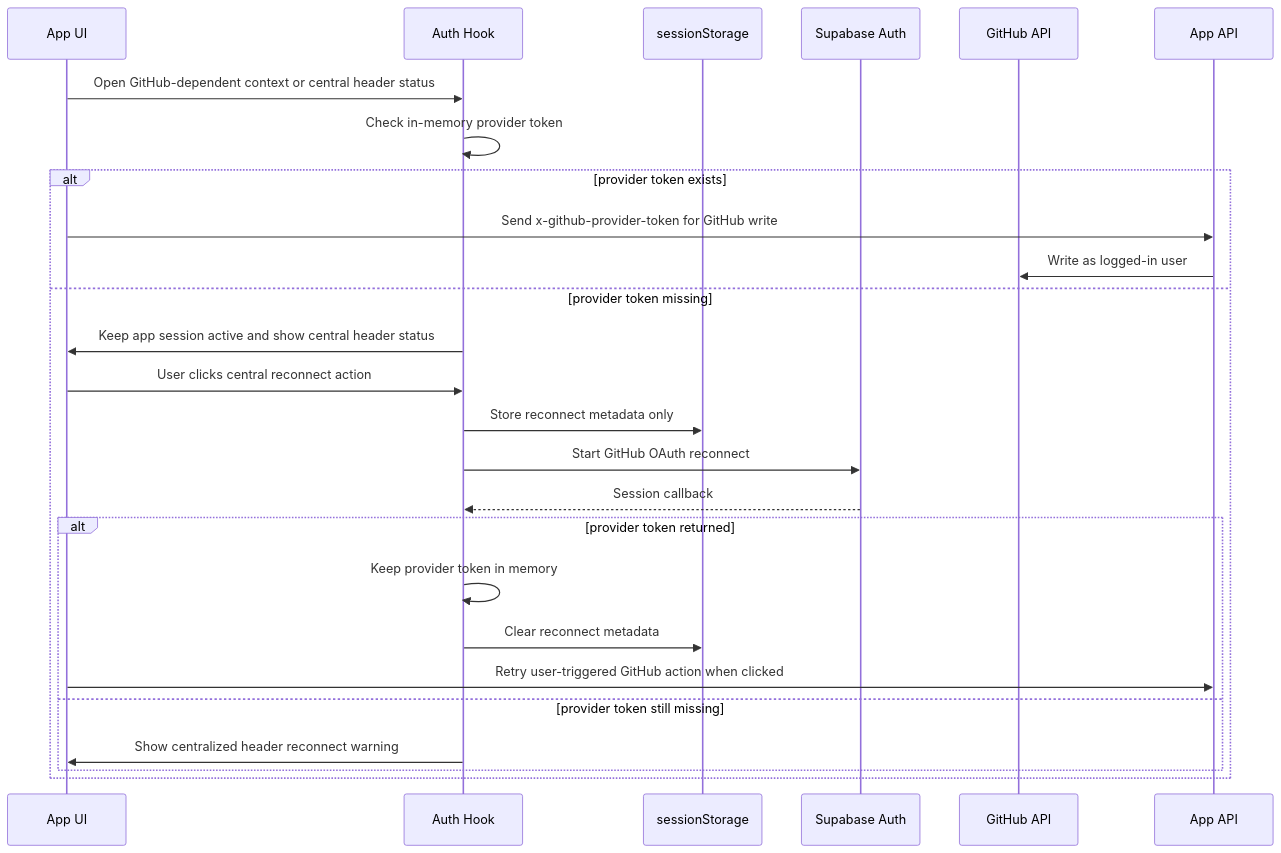
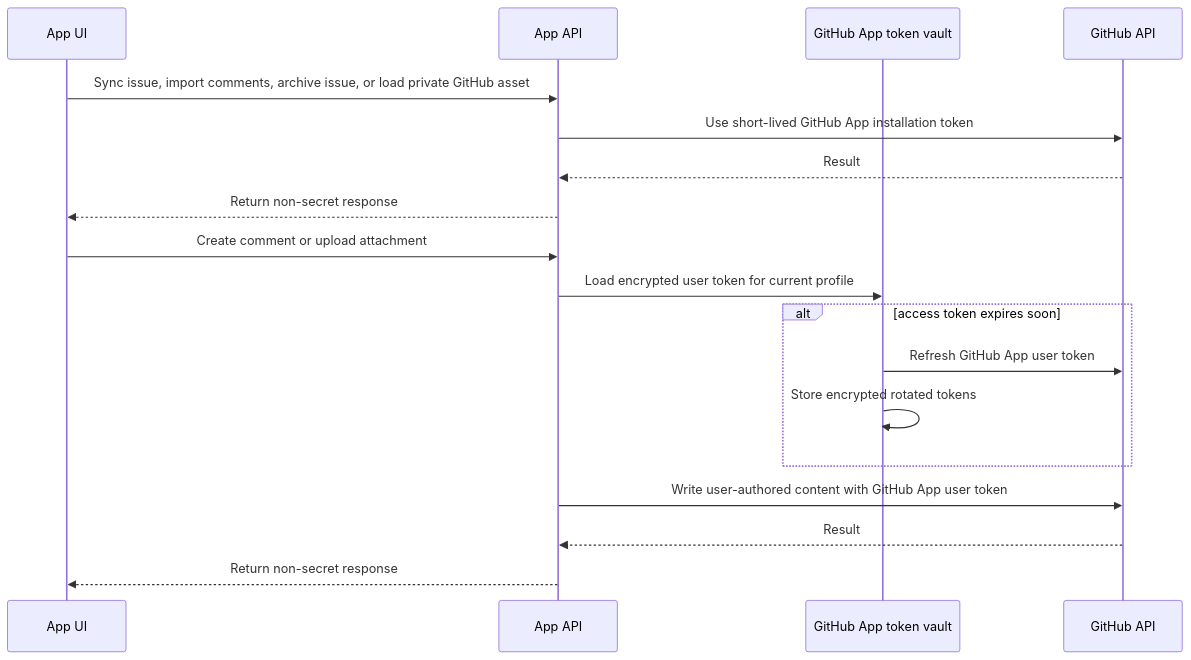
Before and after one commit to findmydoc-platform/founder-scoreboard-v2: the fifth of 5 diagrams in docs/auth-flow.md, drawn with Mermaid. The commit also changed other lines of this file and 50 other files, not shown here.

First line of the commit message:
Add reload-stable GitHub App integration

````diff
--- a/docs/auth-flow.md
+++ b/docs/auth-flow.md
@@ -74,29 +102,22 @@
 ```mermaid
 sequenceDiagram
   participant UI as App UI
-  participant H as Auth Hook
-  participant SS as sessionStorage
-  participant SB as Supabase Auth
+  participant API as App API
+  participant VAULT as GitHub App token vault
   participant GH as GitHub API
-  participant API as App API
 
-  UI->>H: Open GitHub-dependent context or central header status
-  H->>H: Check in-memory provider token
-  alt provider token exists
-    UI->>API: Send x-github-provider-token for GitHub write
-    API->>GH: Write as logged-in user
-  else provider token missing
-    H->>UI: Keep app session active and show central header status
-    UI->>H: User clicks central reconnect action
-    H->>SS: Store reconnect metadata only
-    H->>SB: Start GitHub OAuth reconnect
-    SB-->>H: Session callback
-    alt provider token returned
-      H->>H: Keep provider token in memory
-      H->>SS: Clear reconnect metadata
-      UI->>API: Retry user-triggered GitHub action when clicked
-    else provider token still missing
-      H->>UI: Show centralized header reconnect warning
-    end
+  UI->>API: Sync issue, import comments, archive issue, or load private GitHub asset
+  API->>GH: Use short-lived GitHub App installation token
+  GH-->>API: Result
+  API-->>UI: Return non-secret response
+
+  UI->>API: Create comment or upload attachment
+  API->>VAULT: Load encrypted user token for current profile
+  alt access token expires soon
+    VAULT->>GH: Refresh GitHub App user token
+    VAULT->>VAULT: Store encrypted rotated tokens
   end
+  API->>GH: Write user-authored content with GitHub App user token
+  GH-->>API: Result
+  API-->>UI: Return non-secret response
 ```
````
